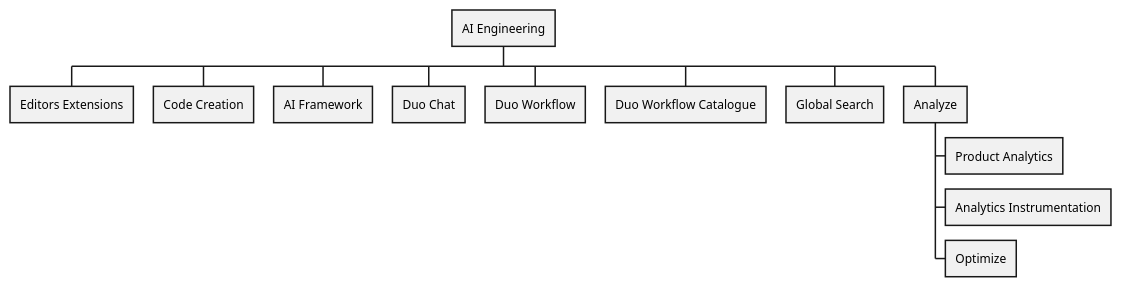
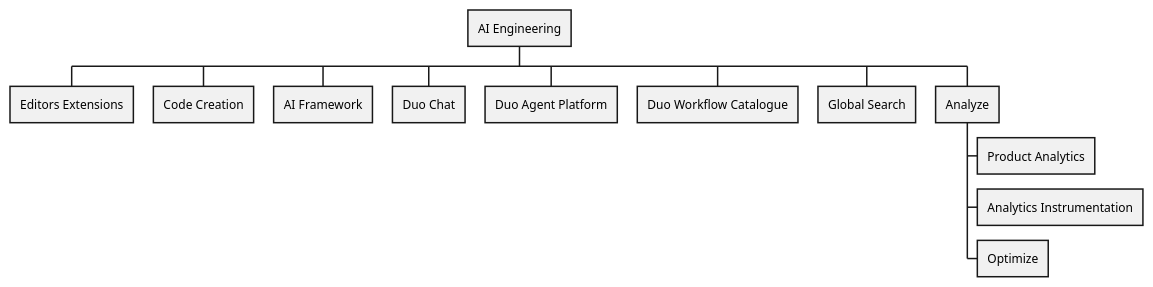
The diagram in content/handbook/engineering/ai/_index.md (zalyoung/gitlab-handbook), drawn with PlantUML before and after one commit. The commit also changed other lines of this file and 15 other files, not shown here.

````diff
--- a/content/handbook/engineering/ai/_index.md
+++ b/content/handbook/engineering/ai/_index.md
@@ -19,16 +19,16 @@
 ```plantuml
 @startwbs
 * AI Engineering
 ** Editors Extensions
 ** Code Creation
 ** AI Framework
 ** Duo Chat
-** Duo Workflow
+** Duo Agent Platform
 ** Duo Workflow Catalogue
 ** Global Search
 ** Analyze
 *** Product Analytics
 *** Analytics Instrumentation
 *** Optimize
 @endwbs
 ```
````
